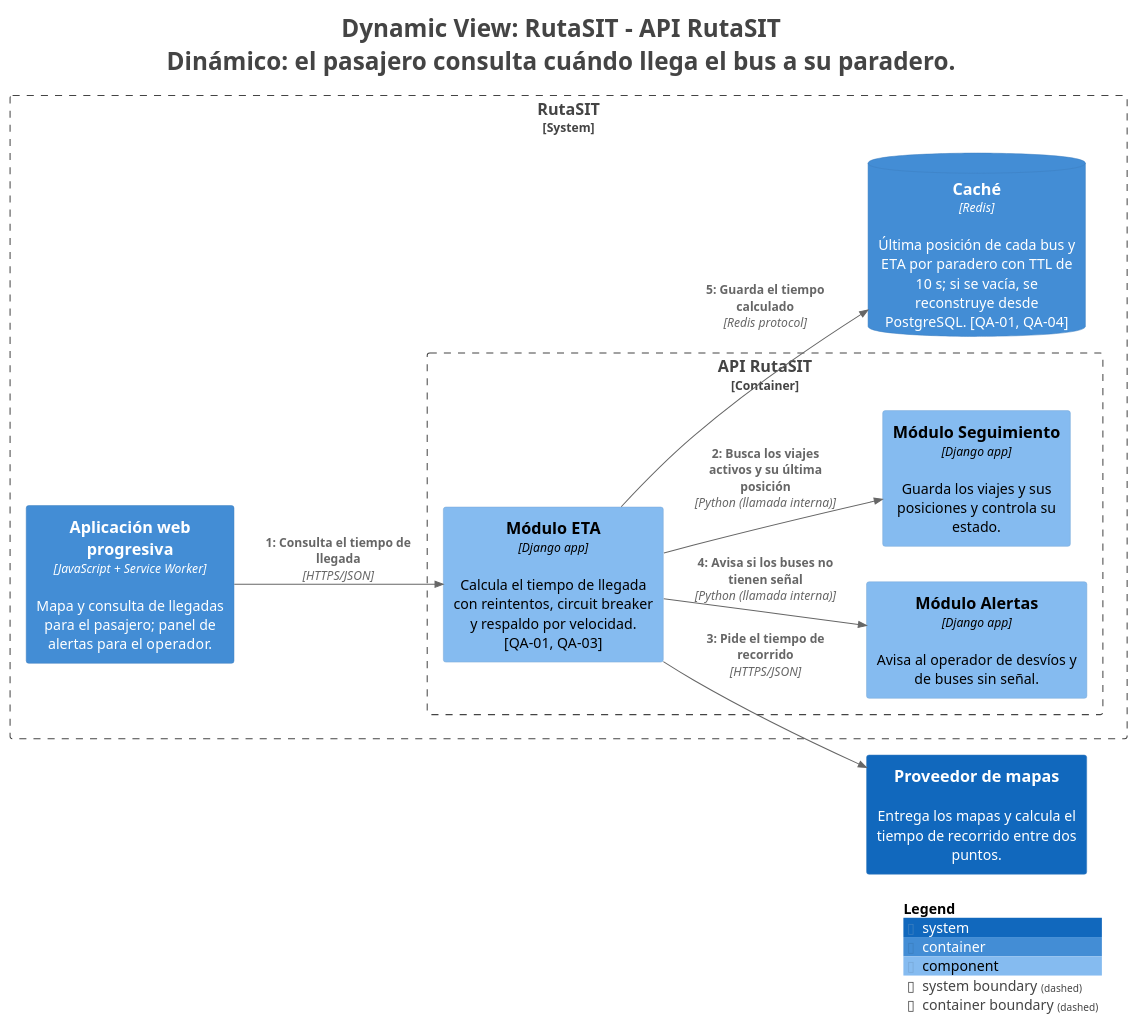
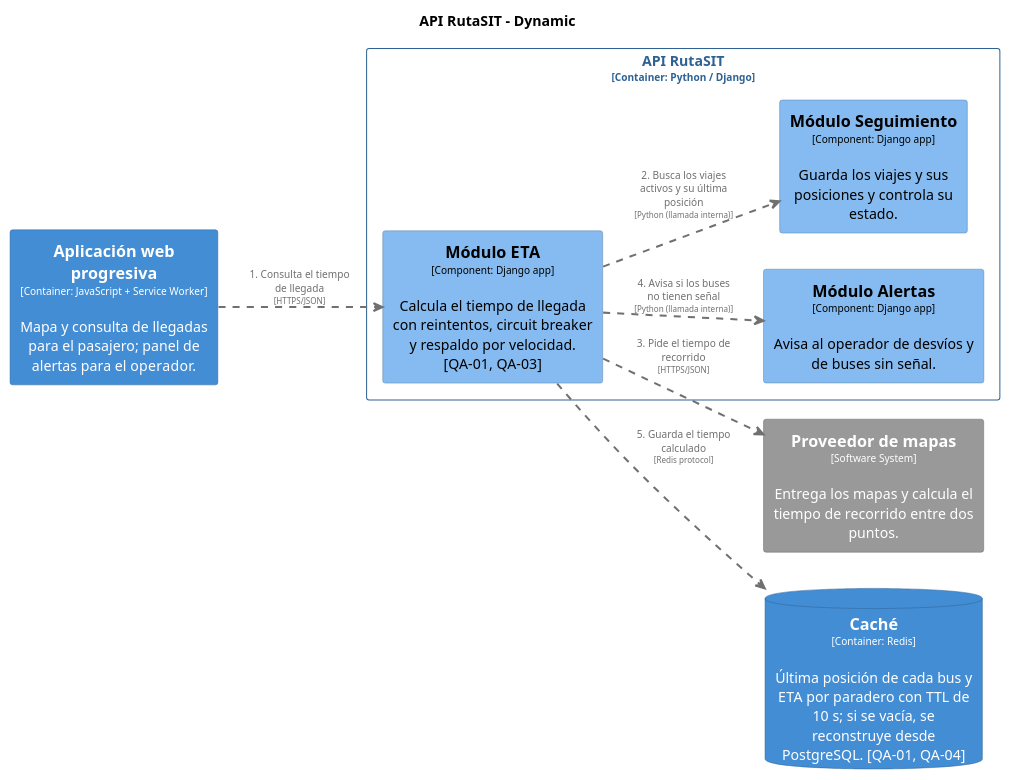
One commit to R0otDrigo/cs-2026b-lab04-grupo06 changed the diagram in docs/architecture/c4/export/structurizr-ConsultarLlegada.puml. Above: the diagram before and after it, drawn with PlantUML. The commit also changed 18 other files, not shown here.

Commit message:
CI: regenerar diagramas C4 y Mermaid [skip ci]

```diff
--- a/docs/architecture/c4/export/structurizr-ConsultarLlegada.puml
+++ b/docs/architecture/c4/export/structurizr-ConsultarLlegada.puml
@@ -1,44 +1,73 @@
 @startuml
-title <size:24>Dynamic View: RutaSIT - API RutaSIT</size>\n<size:24>Dinámico: el pasajero consulta cuándo llega el bus a su paradero.</size>
+set separator none
+title API RutaSIT - Dynamic
 
-set separator none
 left to right direction
 
-<style>
-  root {
-    BackgroundColor: #ffffff
-    FontColor: #444444
-  }
-</style>
-
-!include <C4/C4>
-!include <C4/C4_Context>
-!include <C4/C4_Container>
-!include <C4/C4_Component>
-
-System(Proveedordemapas, "Proveedor de mapas", $descr="Entrega los mapas y calcula el tiempo de recorrido entre dos puntos.", $tags="", $link="")
-
-System_Boundary("RutaSIT_boundary", "RutaSIT", $tags="") {
-  Container_Boundary("RutaSIT.APIRutaSIT_boundary", "API RutaSIT", $tags="") {
-    Component(RutaSIT.APIRutaSIT.MóduloETA, "Módulo ETA", $techn="Django app", $descr="Calcula el tiempo de llegada con reintentos, circuit breaker y respaldo por velocidad. [QA-01, QA-03]", $tags="", $link="")
-    Component(RutaSIT.APIRutaSIT.MóduloAlertas, "Módulo Alertas", $techn="Django app", $descr="Avisa al operador de desvíos y de buses sin señal.", $tags="", $link="")
-    Component(RutaSIT.APIRutaSIT.MóduloSeguimiento, "Módulo Seguimiento", $techn="Django app", $descr="Guarda los viajes y sus posiciones y controla su estado.", $tags="", $link="")
-  }
-
-  ContainerDb(RutaSIT.Caché, "Caché", $techn="Redis", $descr="Última posición de cada bus y ETA por paradero con TTL de 10 s; si se vacía, se reconstruye desde PostgreSQL. [QA-01, QA-04]", $tags="", $link="")
-  Container(RutaSIT.Aplicaciónwebprogresiva, "Aplicación web progresiva", $techn="JavaScript + Service Worker", $descr="Mapa y consulta de llegadas para el pasajero; panel de alertas para el operador.", $tags="", $link="")
+skinparam {
+  arrowFontSize 10
+  defaultTextAlignment center
+  wrapWidth 200
+  maxMessageSize 100
 }
 
-System(Proveedordemapas, "Proveedor de mapas", $descr="Entrega los mapas y calcula el tiempo de recorrido entre dos puntos.", $tags="", $link="")
-Container(RutaSIT.Aplicaciónwebprogresiva, "Aplicación web progresiva", $techn="JavaScript + Service Worker", $descr="Mapa y consulta de llegadas para el pasajero; panel de alertas para el operador.", $tags="", $link="")
-ContainerDb(RutaSIT.Caché, "Caché", $techn="Redis", $descr="Última posición de cada bus y ETA por paradero con TTL de 10 s; si se vacía, se reconstruye desde PostgreSQL. [QA-01, QA-04]", $tags="", $link="")
+hide stereotype
 
-Rel(RutaSIT.Aplicaciónwebprogresiva, RutaSIT.APIRutaSIT.MóduloETA, "1: Consulta el tiempo de llegada", $techn="HTTPS/JSON", $tags="", $link="")
-Rel(RutaSIT.APIRutaSIT.MóduloETA, RutaSIT.APIRutaSIT.MóduloSeguimiento, "2: Busca los viajes activos y su última posición", $techn="Python (llamada interna)", $tags="", $link="")
-Rel(RutaSIT.APIRutaSIT.MóduloETA, Proveedordemapas, "3: Pide el tiempo de recorrido", $techn="HTTPS/JSON", $tags="", $link="")
-Rel(RutaSIT.APIRutaSIT.MóduloETA, RutaSIT.APIRutaSIT.MóduloAlertas, "4: Avisa si los buses no tienen señal", $techn="Python (llamada interna)", $tags="", $link="")
-Rel(RutaSIT.APIRutaSIT.MóduloETA, RutaSIT.Caché, "5: Guarda el tiempo calculado", $techn="Redis protocol", $tags="", $link="")
+skinparam rectangle<<RutaSIT.Aplicaciónwebprogresiva>> {
+  BackgroundColor #438dd5
+  FontColor #ffffff
+  BorderColor #2e6295
+  shadowing false
+}
+skinparam database<<RutaSIT.Caché>> {
+  BackgroundColor #438dd5
+  FontColor #ffffff
+  BorderColor #2e6295
+  shadowing false
+}
+skinparam rectangle<<RutaSIT.APIRutaSIT.MóduloAlertas>> {
+  BackgroundColor #85bbf0
+  FontColor #000000
+  BorderColor #5d82a8
+  shadowing false
+}
+skinparam rectangle<<RutaSIT.APIRutaSIT.MóduloETA>> {
+  BackgroundColor #85bbf0
+  FontColor #000000
+  BorderColor #5d82a8
+  shadowing false
+}
+skinparam rectangle<<RutaSIT.APIRutaSIT.MóduloSeguimiento>> {
+  BackgroundColor #85bbf0
+  FontColor #000000
+  BorderColor #5d82a8
+  shadowing false
+}
+skinparam rectangle<<Proveedordemapas>> {
+  BackgroundColor #999999
+  FontColor #ffffff
+  BorderColor #6b6b6b
+  shadowing false
+}
+skinparam rectangle<<RutaSIT.APIRutaSIT>> {
+  BorderColor #2e6295
+  FontColor #2e6295
+  shadowing false
+}
 
-SHOW_LEGEND(true)
-hide stereotypes
+rectangle "API RutaSIT\n<size:10>[Container: Python / Django]</size>" <<RutaSIT.APIRutaSIT>> {
+  rectangle "==Módulo ETA\n<size:10>[Component: Django app]</size>\n\nCalcula el tiempo de llegada con reintentos, circuit breaker y respaldo por velocidad. [QA-01, QA-03]" <<RutaSIT.APIRutaSIT.MóduloETA>> as RutaSIT.APIRutaSIT.MóduloETA
+  rectangle "==Módulo Alertas\n<size:10>[Component: Django app]</size>\n\nAvisa al operador de desvíos y de buses sin señal." <<RutaSIT.APIRutaSIT.MóduloAlertas>> as RutaSIT.APIRutaSIT.MóduloAlertas
+  rectangle "==Módulo Seguimiento\n<size:10>[Component: Django app]</size>\n\nGuarda los viajes y sus posiciones y controla su estado." <<RutaSIT.APIRutaSIT.MóduloSeguimiento>> as RutaSIT.APIRutaSIT.MóduloSeguimiento
+}
+
+rectangle "==Proveedor de mapas\n<size:10>[Software System]</size>\n\nEntrega los mapas y calcula el tiempo de recorrido entre dos puntos." <<Proveedordemapas>> as Proveedordemapas
+database "==Caché\n<size:10>[Container: Redis]</size>\n\nÚltima posición de cada bus y ETA por paradero con TTL de 10 s; si se vacía, se reconstruye desde PostgreSQL. [QA-01, QA-04]" <<RutaSIT.Caché>> as RutaSIT.Caché
+rectangle "==Aplicación web progresiva\n<size:10>[Container: JavaScript + Service Worker]</size>\n\nMapa y consulta de llegadas para el pasajero; panel de alertas para el operador." <<RutaSIT.Aplicaciónwebprogresiva>> as RutaSIT.Aplicaciónwebprogresiva
+
+RutaSIT.Aplicaciónwebprogresiva .[#707070,thickness=2].> RutaSIT.APIRutaSIT.MóduloETA : "<color:#707070>1. Consulta el tiempo de llegada\n<color:#707070><size:8>[HTTPS/JSON]</size>"
+RutaSIT.APIRutaSIT.MóduloETA .[#707070,thickness=2].> RutaSIT.APIRutaSIT.MóduloSeguimiento : "<color:#707070>2. Busca los viajes activos y su última posición\n<color:#707070><size:8>[Python (llamada interna)]</size>"
+RutaSIT.APIRutaSIT.MóduloETA .[#707070,thickness=2].> Proveedordemapas : "<color:#707070>3. Pide el tiempo de recorrido\n<color:#707070><size:8>[HTTPS/JSON]</size>"
+RutaSIT.APIRutaSIT.MóduloETA .[#707070,thickness=2].> RutaSIT.APIRutaSIT.MóduloAlertas : "<color:#707070>4. Avisa si los buses no tienen señal\n<color:#707070><size:8>[Python (llamada interna)]</size>"
+RutaSIT.APIRutaSIT.MóduloETA .[#707070,thickness=2].> RutaSIT.Caché : "<color:#707070>5. Guarda el tiempo calculado\n<color:#707070><size:8>[Redis protocol]</size>"
 @enduml
```
